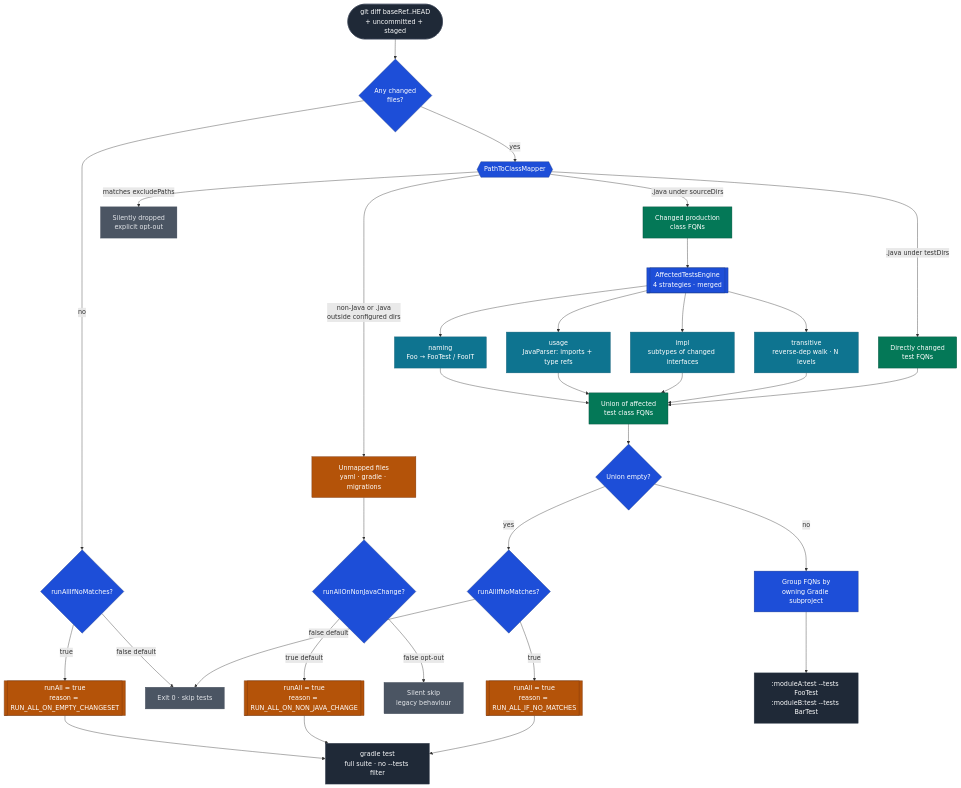
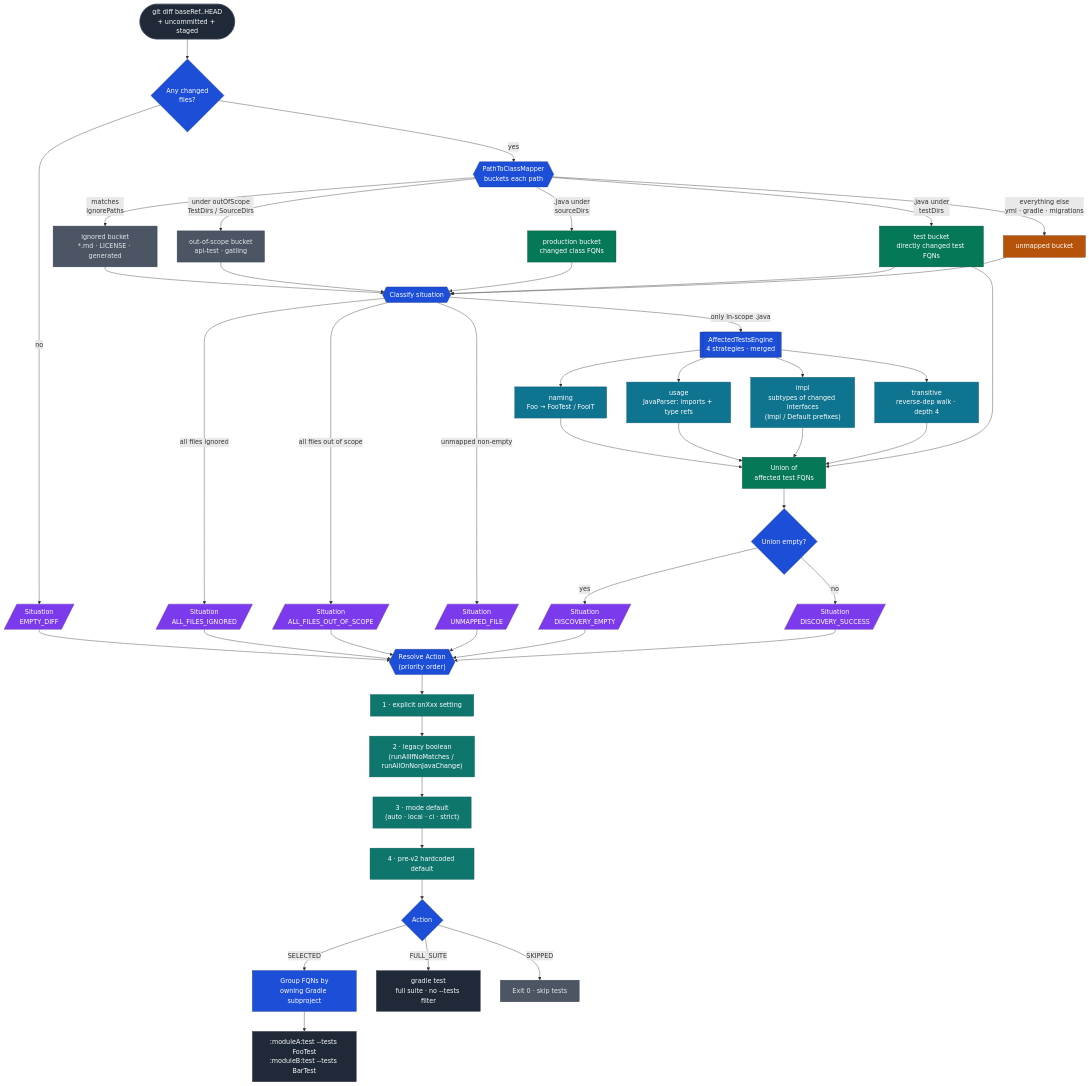
Before and after one commit to vedanthvdev/affected-tests: the diagram in docs/architecture.mmd, drawn with Mermaid. The commit also changed 17 other files, not shown here.

```diff
--- a/docs/architecture.mmd
+++ b/docs/architecture.mmd
@@ -1,48 +1,66 @@
 flowchart TD
     Start(["git diff baseRef..HEAD<br/>+ uncommitted + staged"]):::io --> Changed{Any changed<br/>files?}:::core
 
-    Changed -->|no| EmptyGate{runAllIfNoMatches?}:::core
-    EmptyGate -->|true| RunAllEmpty[[runAll = true<br/>reason = RUN_ALL_ON_EMPTY_CHANGESET]]:::warn
-    EmptyGate -->|false default| Exit0[Exit 0 · skip tests]:::muted
+    Changed -->|no| SitEmpty[/Situation<br/>EMPTY_DIFF/]:::situation
+    Changed -->|yes| Mapper{{PathToClassMapper<br/>buckets each path}}:::core
 
-    Changed -->|yes| Mapper{{PathToClassMapper}}:::core
+    Mapper -->|matches<br/>ignorePaths| BucketIgnored[ignored bucket<br/>*.md · LICENSE · generated]:::muted
+    Mapper -->|under outOfScope<br/>TestDirs / SourceDirs| BucketOOS[out-of-scope bucket<br/>api-test · gatling]:::muted
+    Mapper -->|".java under<br/>sourceDirs"| BucketProd[production bucket<br/>changed class FQNs]:::data
+    Mapper -->|".java under<br/>testDirs"| BucketTest[test bucket<br/>directly changed test FQNs]:::data
+    Mapper -->|everything else<br/>yml · gradle · migrations| BucketUnmapped[unmapped bucket]:::warn
 
-    Mapper -->|".java under sourceDirs"| Prod[Changed production<br/>class FQNs]:::data
-    Mapper -->|".java under testDirs"| Direct[Directly changed<br/>test FQNs]:::data
-    Mapper -->|matches excludePaths| Excluded[Silently dropped<br/>explicit opt-out]:::muted
-    Mapper -->|"non-Java or .java<br/>outside configured dirs"| Unmapped[Unmapped files<br/>yaml · gradle · migrations]:::warn
+    BucketIgnored --> Classify{{"Classify situation"}}:::core
+    BucketOOS --> Classify
+    BucketProd --> Classify
+    BucketTest --> Classify
+    BucketUnmapped --> Classify
 
-    Unmapped --> NonJavaGate{runAllOnNonJavaChange?}:::core
-    NonJavaGate -->|true default| RunAllNonJava[[runAll = true<br/>reason = RUN_ALL_ON_NON_JAVA_CHANGE]]:::warn
-    NonJavaGate -->|false opt-out| Skip[Silent skip<br/>legacy behaviour]:::muted
+    Classify -->|"all files ignored"| SitAllIgnored[/Situation<br/>ALL_FILES_IGNORED/]:::situation
+    Classify -->|"all files out of scope"| SitAllOOS[/Situation<br/>ALL_FILES_OUT_OF_SCOPE/]:::situation
+    Classify -->|"unmapped non-empty"| SitUnmapped[/Situation<br/>UNMAPPED_FILE/]:::situation
+    Classify -->|"only in-scope .java"| Engine[[AffectedTestsEngine<br/>4 strategies · merged]]:::core
 
-    Prod --> Engine[[AffectedTestsEngine<br/>4 strategies · merged]]:::core
     Engine --> Naming[naming<br/>Foo → FooTest / FooIT]:::strat
     Engine --> Usage["usage<br/>JavaParser: imports + type refs"]:::strat
-    Engine --> Impl[impl<br/>subtypes of changed interfaces]:::strat
-    Engine --> Transitive[transitive<br/>reverse-dep walk · N levels]:::strat
+    Engine --> Impl["impl<br/>subtypes of changed interfaces<br/>(Impl / Default prefixes)"]:::strat
+    Engine --> Transitive["transitive<br/>reverse-dep walk · depth 4"]:::strat
 
-    Naming --> Union[Union of affected<br/>test class FQNs]:::data
+    Naming --> Union[Union of<br/>affected test FQNs]:::data
     Usage --> Union
     Impl --> Union
     Transitive --> Union
-    Direct --> Union
+    BucketTest --> Union
 
     Union --> UnionGate{Union empty?}:::core
-    UnionGate -->|no| Router[Group FQNs by<br/>owning Gradle subproject]:::core
-    UnionGate -->|yes| DiscoveryEmptyGate{runAllIfNoMatches?}:::core
-    DiscoveryEmptyGate -->|true| RunAllDiscovery[[runAll = true<br/>reason = RUN_ALL_IF_NO_MATCHES]]:::warn
-    DiscoveryEmptyGate -->|false default| Exit0
+    UnionGate -->|yes| SitDiscoveryEmpty[/Situation<br/>DISCOVERY_EMPTY/]:::situation
+    UnionGate -->|no| SitDiscoverySuccess[/Situation<br/>DISCOVERY_SUCCESS/]:::situation
+
+    SitEmpty --> Resolve
+    SitAllIgnored --> Resolve
+    SitAllOOS --> Resolve
+    SitUnmapped --> Resolve
+    SitDiscoveryEmpty --> Resolve
+    SitDiscoverySuccess --> Resolve
+
+    Resolve{{"Resolve Action<br/>(priority order)"}}:::core
+    Resolve --> Explicit["1 · explicit onXxx setting"]:::priority
+    Explicit --> Legacy["2 · legacy boolean<br/>(runAllIfNoMatches / runAllOnNonJavaChange)"]:::priority
+    Legacy --> ModeDefault["3 · mode default<br/>(auto · local · ci · strict)"]:::priority
+    ModeDefault --> Hardcoded["4 · pre-v2 hardcoded default"]:::priority
+    Hardcoded --> Action{Action}:::core
+
+    Action -->|SELECTED| Router[Group FQNs by<br/>owning Gradle subproject]:::core
+    Action -->|FULL_SUITE| FullSuite["gradle test<br/>full suite · no --tests filter"]:::io
+    Action -->|SKIPPED| Exit0[Exit 0 · skip tests]:::muted
 
     Router --> Dispatch[":moduleA:test --tests FooTest<br/>:moduleB:test --tests BarTest"]:::io
-
-    RunAllEmpty --> FullSuite
-    RunAllNonJava --> FullSuite
-    RunAllDiscovery --> FullSuite["gradle test<br/>full suite · no --tests filter"]:::io
 
     classDef io fill:#1f2937,color:#f9fafb,stroke:#374151,stroke-width:1px
     classDef core fill:#1d4ed8,color:#ffffff,stroke:#1e3a8a,stroke-width:1px
     classDef data fill:#047857,color:#ffffff,stroke:#064e3b,stroke-width:1px
     classDef strat fill:#0e7490,color:#ffffff,stroke:#155e75,stroke-width:1px
+    classDef situation fill:#7c3aed,color:#ffffff,stroke:#5b21b6,stroke-width:1px
+    classDef priority fill:#0f766e,color:#ffffff,stroke:#115e59,stroke-width:1px
     classDef warn fill:#b45309,color:#ffffff,stroke:#78350f,stroke-width:1px
     classDef muted fill:#4b5563,color:#e5e7eb,stroke:#374151,stroke-width:1px
```
